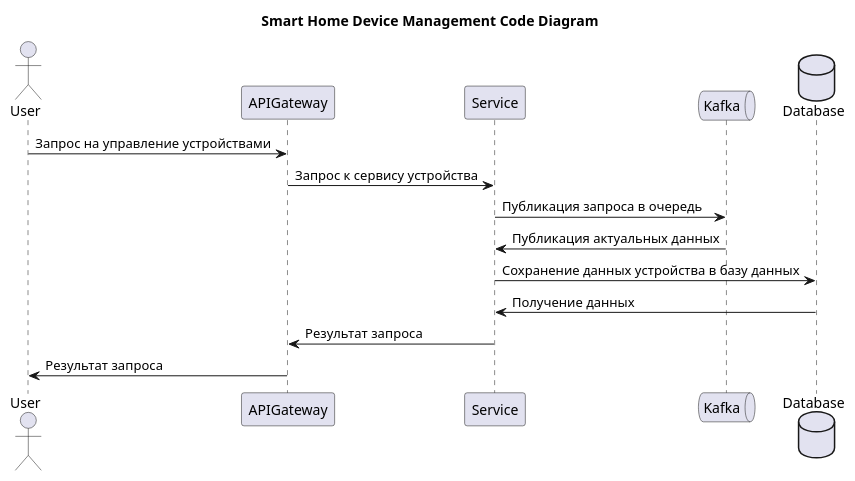
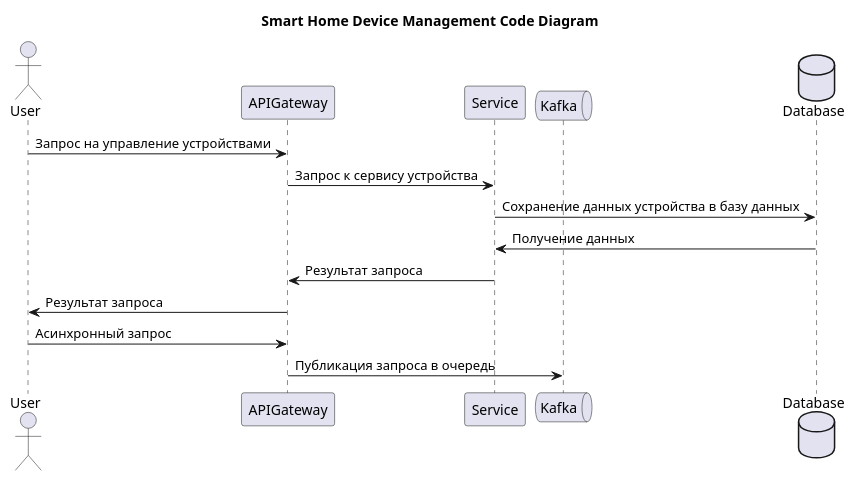
Before and after one commit to lermakova/architecture-sprint-3: the diagram in diagrams/code/Code_Device_Management.puml, drawn with PlantUML. The commit also changed 3 other files, not shown here.

Commit message:
Исправлены замечания; Добавлен анализ монолита, описаны домены, исправлены диаграммы

```diff
--- a/diagrams/code/Code_Device_Management.puml
+++ b/diagrams/code/Code_Device_Management.puml
@@ -1,19 +1,19 @@
 @startuml
 !pragma layout smetana
 title Smart Home Device Management Code Diagram
 
 actor       User       as user
 participant APIGateway as api_gateway
 participant Service as service
 queue       Kafka       as message_broker
 database    Database    as database
 
 user -> api_gateway : Запрос на управление устройствами
 api_gateway -> service : Запрос к сервису устройства
-service -> message_broker : Публикация запроса в очередь
-message_broker -> service : Публикация актуальных данных
 service -> database : Сохранение данных устройства в базу данных
 database -> service : Получение данных
 service -> api_gateway : Результат запроса
 api_gateway -> user : Результат запроса
+user -> api_gateway : Асинхронный запрос
+api_gateway -> message_broker : Публикация запроса в очередь
 @enduml
```
